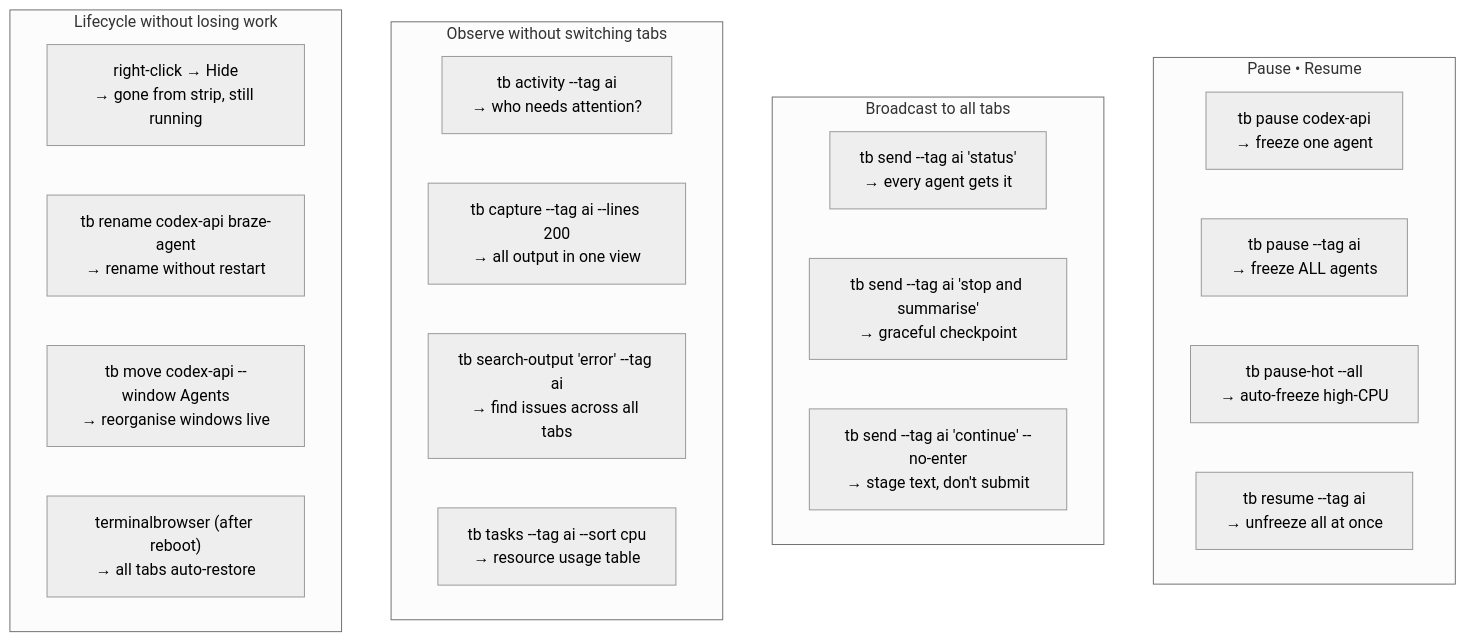
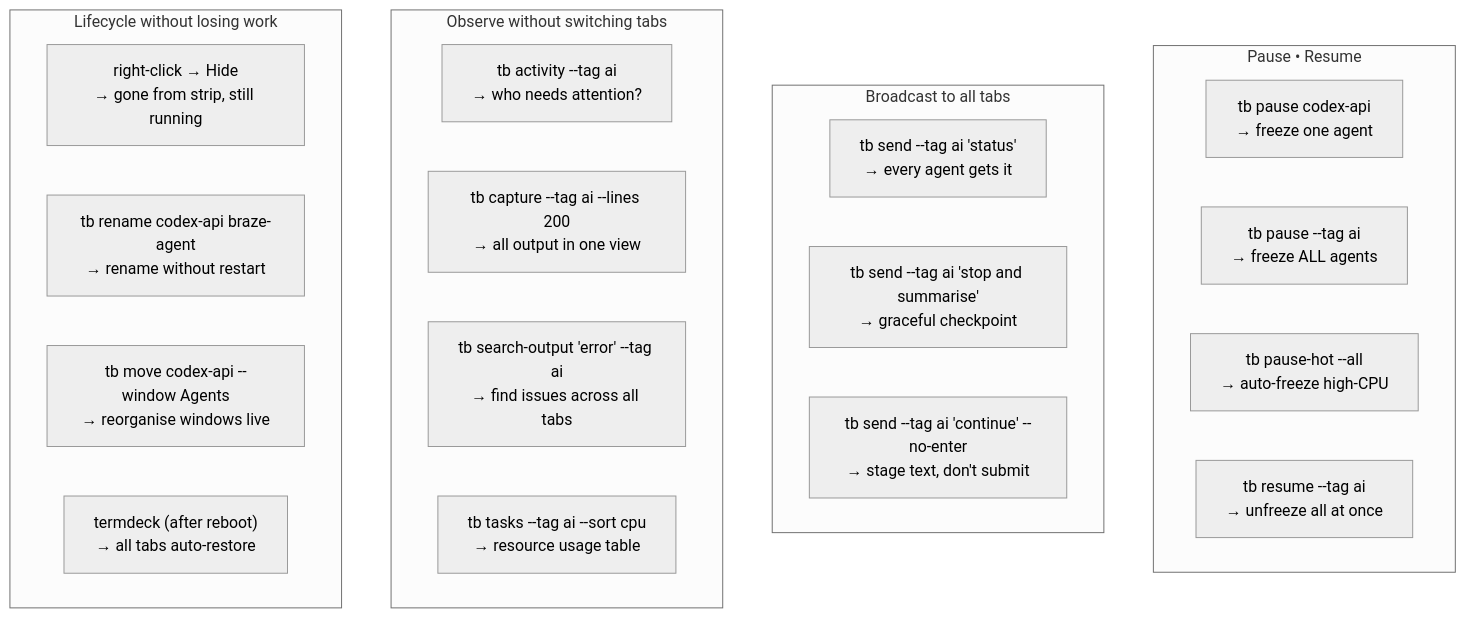
The seventh of 7 diagrams in docs/codex-claude-workflow.md (streetquant/TerminalBrowser), drawn with Mermaid (neutral theme) before and after one commit. The commit also changed other lines of this file and 1 other file, not shown here.

Commit message:
fix: correct install instructions and CLI command (termdeck, not terminalbrowser)

````diff
--- a/docs/codex-claude-workflow.md
+++ b/docs/codex-claude-workflow.md
@@ -240,29 +240,29 @@
 ```mermaid
 flowchart TD
     subgraph Pause["Pause • Resume"]
         P1["tb pause codex-api\n→ freeze one agent"]
         P2["tb pause --tag ai\n→ freeze ALL agents"]
         P3["tb pause-hot --all\n→ auto-freeze high-CPU"]
         P4["tb resume --tag ai\n→ unfreeze all at once"]
     end
 
     subgraph Broadcast["Broadcast to all tabs"]
         B1["tb send --tag ai 'status'\n→ every agent gets it"]
         B2["tb send --tag ai 'stop and summarise'\n→ graceful checkpoint"]
         B3["tb send --tag ai 'continue' --no-enter\n→ stage text, don't submit"]
     end
 
     subgraph Observe["Observe without switching tabs"]
         O1["tb activity --tag ai\n→ who needs attention?"]
         O2["tb capture --tag ai --lines 200\n→ all output in one view"]
         O3["tb search-output 'error' --tag ai\n→ find issues across all tabs"]
         O4["tb tasks --tag ai --sort cpu\n→ resource usage table"]
     end
 
     subgraph Lifecycle["Lifecycle without losing work"]
         L1["right-click → Hide\n→ gone from strip, still running"]
         L2["tb rename codex-api braze-agent\n→ rename without restart"]
         L3["tb move codex-api --window Agents\n→ reorganise windows live"]
-        L4["terminalbrowser (after reboot)\n→ all tabs auto-restore"]
+        L4["termdeck (after reboot)\n→ all tabs auto-restore"]
     end
 ```
````
